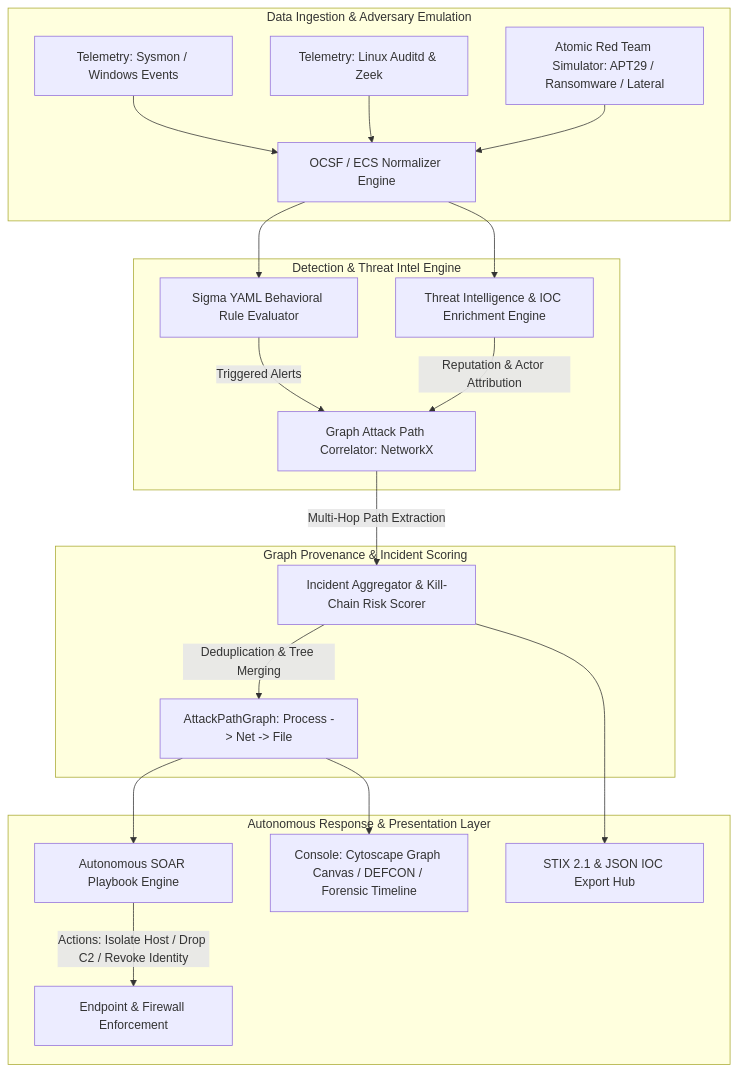
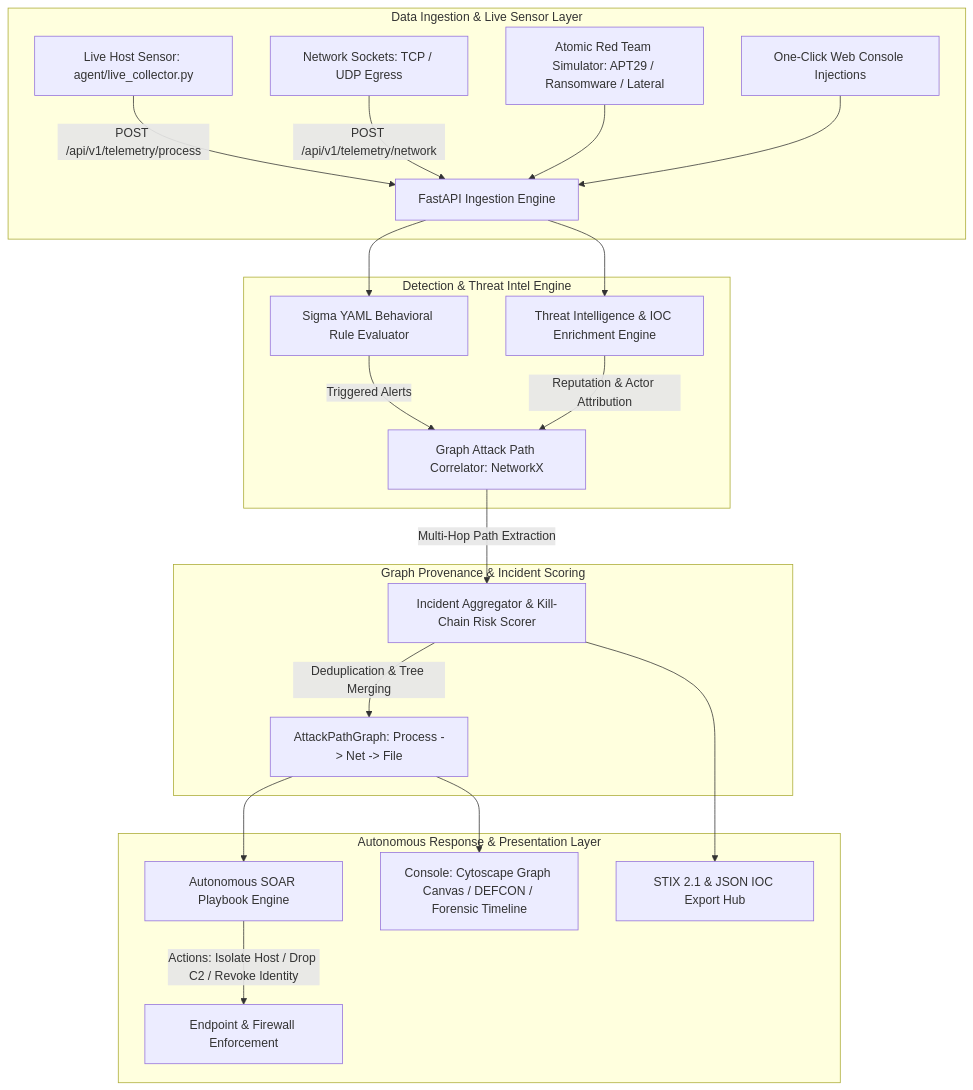
The diagram in README.md (icebergf6/aegisgraph-soc), drawn with Mermaid before and after one commit. The commit also changed other lines of this file and 1 other file, not shown here.

Commit message:
docs: finalize comprehensive README with Live EDR sensor architecture, demo guide, and audit fixes

````diff
--- a/README.md
+++ b/README.md
@@ -59,27 +61,28 @@
 ```mermaid
 graph TD
-    subgraph Data Ingestion & Adversary Emulation
-        A1[Telemetry: Sysmon / Windows Events] --> N[OCSF / ECS Normalizer Engine]
-        A2[Telemetry: Linux Auditd & Zeek] --> N
-        SIM[Atomic Red Team Simulator: APT29 / Ransomware / Lateral] --> N
+    subgraph Data Ingestion & Live Sensor Layer
+        S1[Live Host Sensor: agent/live_collector.py] -->|POST /api/v1/telemetry/process| API[FastAPI Ingestion Engine]
+        S2[Network Sockets: TCP / UDP Egress] -->|POST /api/v1/telemetry/network| API
+        SIM[Atomic Red Team Simulator: APT29 / Ransomware / Lateral] --> API
+        UI_INJ[One-Click Web Console Injections] --> API
     end
 
     subgraph Detection & Threat Intel Engine
-        N --> DET[Sigma YAML Behavioral Rule Evaluator]
-        N --> INTEL[Threat Intelligence & IOC Enrichment Engine]
+        API --> DET[Sigma YAML Behavioral Rule Evaluator]
+        API --> INTEL[Threat Intelligence & IOC Enrichment Engine]
         DET -->|Triggered Alerts| CORR[Graph Attack Path Correlator: NetworkX]
         INTEL -->|Reputation & Actor Attribution| CORR
     end
 
     subgraph Graph Provenance & Incident Scoring
         CORR -->|Multi-Hop Path Extraction| INC[Incident Aggregator & Kill-Chain Risk Scorer]
         INC -->|Deduplication & Tree Merging| GRAPH_OUT[AttackPathGraph: Process -> Net -> File]
     end
 
     subgraph Autonomous Response & Presentation Layer
         GRAPH_OUT --> SOAR[Autonomous SOAR Playbook Engine]
         SOAR -->|Actions: Isolate Host / Drop C2 / Revoke Identity| MITIGATION[Endpoint & Firewall Enforcement]
         GRAPH_OUT --> UI[Console: Cytoscape Graph Canvas / DEFCON / Forensic Timeline]
         INC --> STIX[STIX 2.1 & JSON IOC Export Hub]
     end
 ```
````
